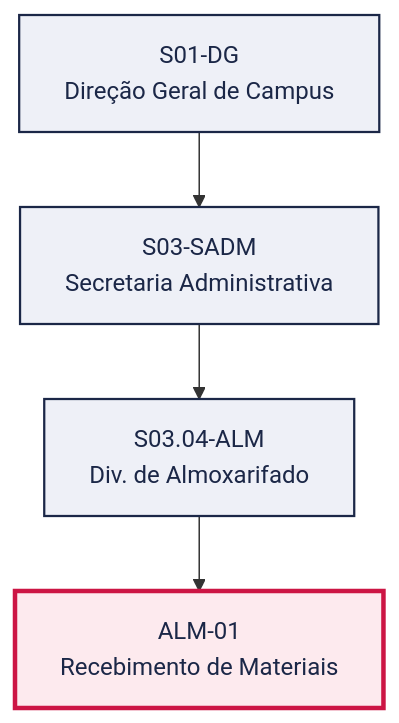
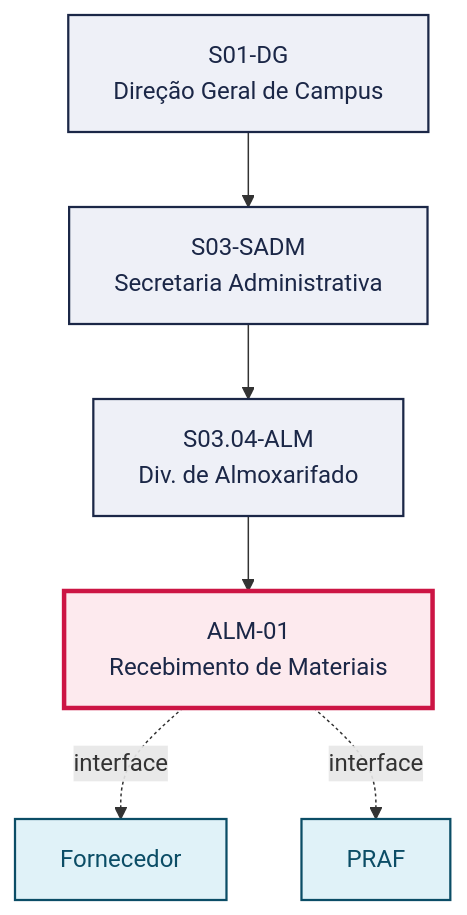
One commit to jessefers/canvas-vivo-atdg changed the first of 2 diagrams in pops/ALM/ALM-01.md. Above: the diagram before and after it, drawn with Mermaid. The commit also changed other lines of this file and 3 other files, not shown here.

````diff
--- a/pops/ALM/ALM-01.md
+++ b/pops/ALM/ALM-01.md
@@ -49,15 +52,20 @@
 ```mermaid
 graph TD
   S01_DG["S01-DG<br/>Direção Geral de Campus"]
   S03_SADM["S03-SADM<br/>Secretaria Administrativa"]
   S01_DG --> S03_SADM
   S03_04_ALM["S03.04-ALM<br/>Div. de Almoxarifado"]
   S03_SADM --> S03_04_ALM
   P["ALM-01<br/>Recebimento de Materiais"]
   S03_04_ALM --> P
+  V1["Fornecedor"]
+  P -. interface .-> V1
+  V2["PRAF"]
+  P -. interface .-> V2
   classDef setor fill:#EEF0F7,stroke:#1B2747,stroke-width:1.5px,color:#1B2747
   classDef destaque fill:#FDEAEE,stroke:#CC1544,stroke-width:3px,color:#1B2747
   classDef vizinho fill:#E0F2F8,stroke:#0B4D66,stroke-width:1.5px,color:#0B4D66
   class S01_DG,S03_SADM,S03_04_ALM setor
   class P destaque
+  class V1,V2 vizinho
 ```
````
